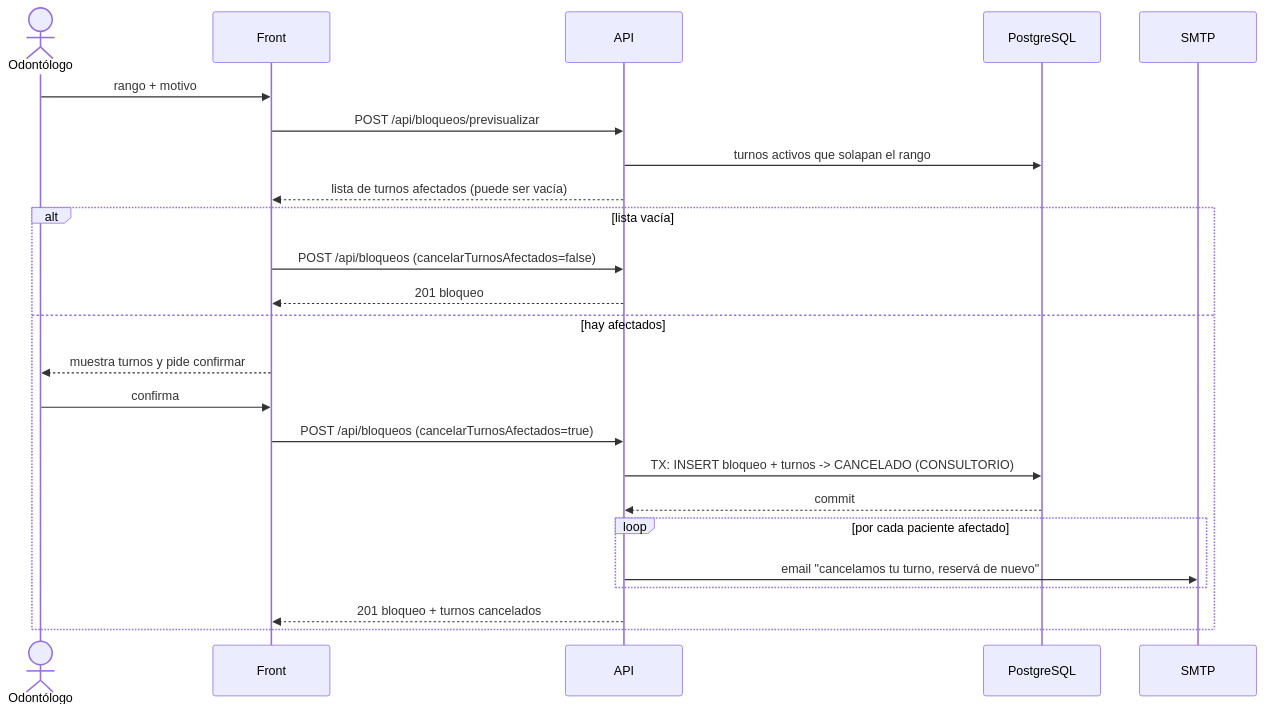
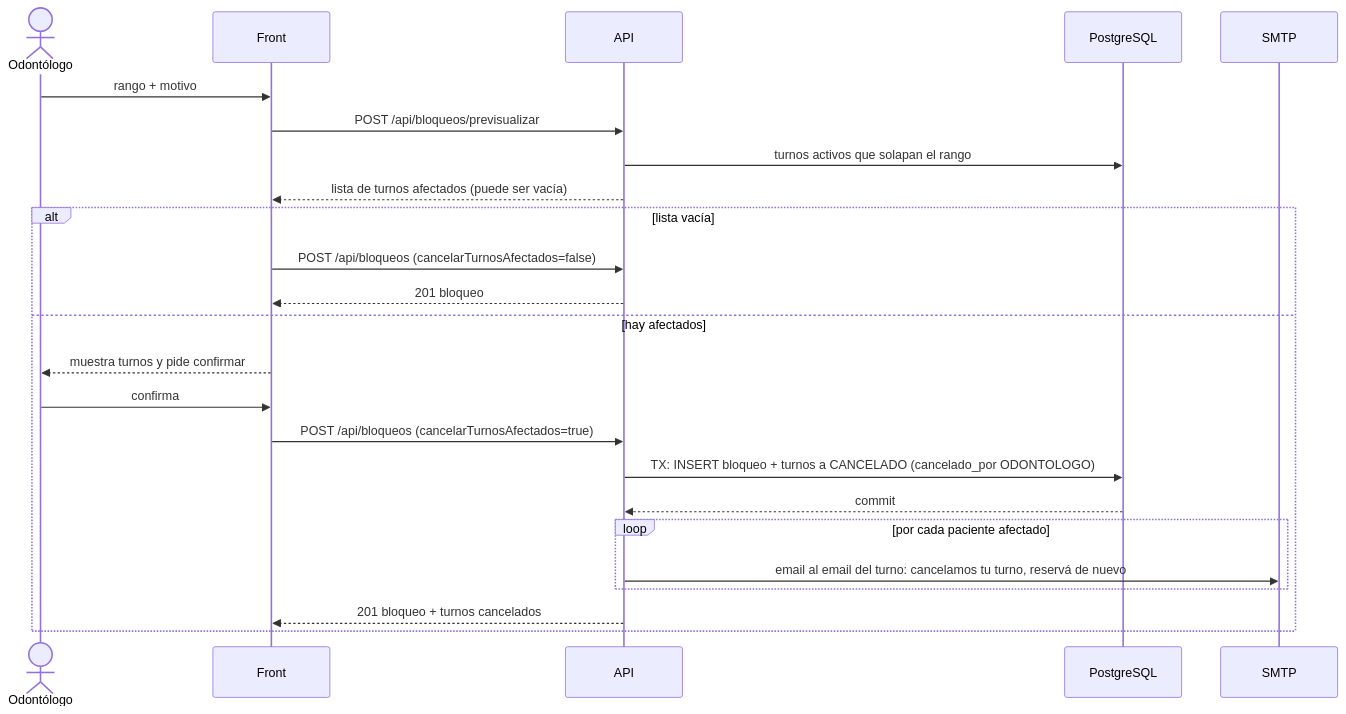
The fifth of 6 diagrams in knowledge-base/07_flujos_principales.md (ExeBernardon/turnos-odontologia-Bernardon), drawn with Mermaid before and after one commit. The commit also changed other lines of this file and 11 other files, not shown here.

````diff
--- a/knowledge-base/07_flujos_principales.md
+++ b/knowledge-base/07_flujos_principales.md
@@ -160,26 +199,26 @@
 ```mermaid
 sequenceDiagram
     actor O as Odontólogo
     participant F as Front
     participant A as API
     participant DB as PostgreSQL
     participant M as SMTP
     O->>F: rango + motivo
     F->>A: POST /api/bloqueos/previsualizar
     A->>DB: turnos activos que solapan el rango
     A-->>F: lista de turnos afectados (puede ser vacía)
     alt lista vacía
         F->>A: POST /api/bloqueos (cancelarTurnosAfectados=false)
         A-->>F: 201 bloqueo
     else hay afectados
         F-->>O: muestra turnos y pide confirmar
         O->>F: confirma
         F->>A: POST /api/bloqueos (cancelarTurnosAfectados=true)
-        A->>DB: TX: INSERT bloqueo + turnos -> CANCELADO (CONSULTORIO)
+        A->>DB: TX: INSERT bloqueo + turnos a CANCELADO (cancelado_por ODONTOLOGO)
         DB-->>A: commit
         loop por cada paciente afectado
-            A->>M: email "cancelamos tu turno, reservá de nuevo"
+            A->>M: email al email del turno: cancelamos tu turno, reservá de nuevo
         end
         A-->>F: 201 bloqueo + turnos cancelados
     end
 ```
````
